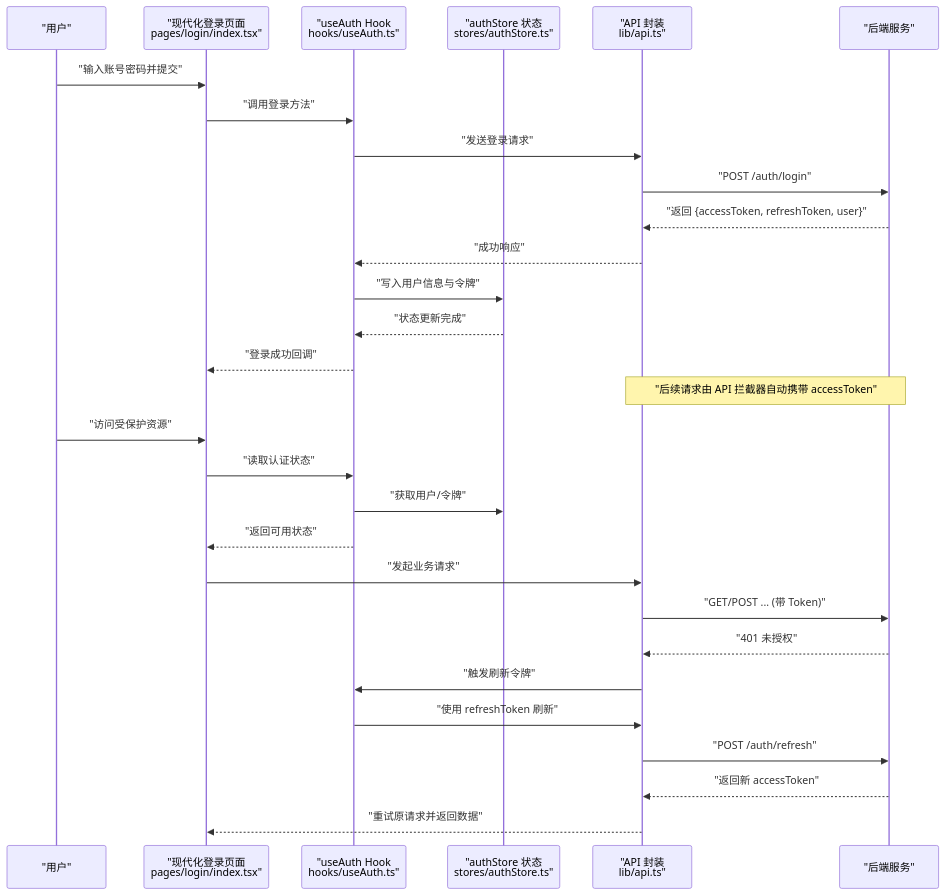
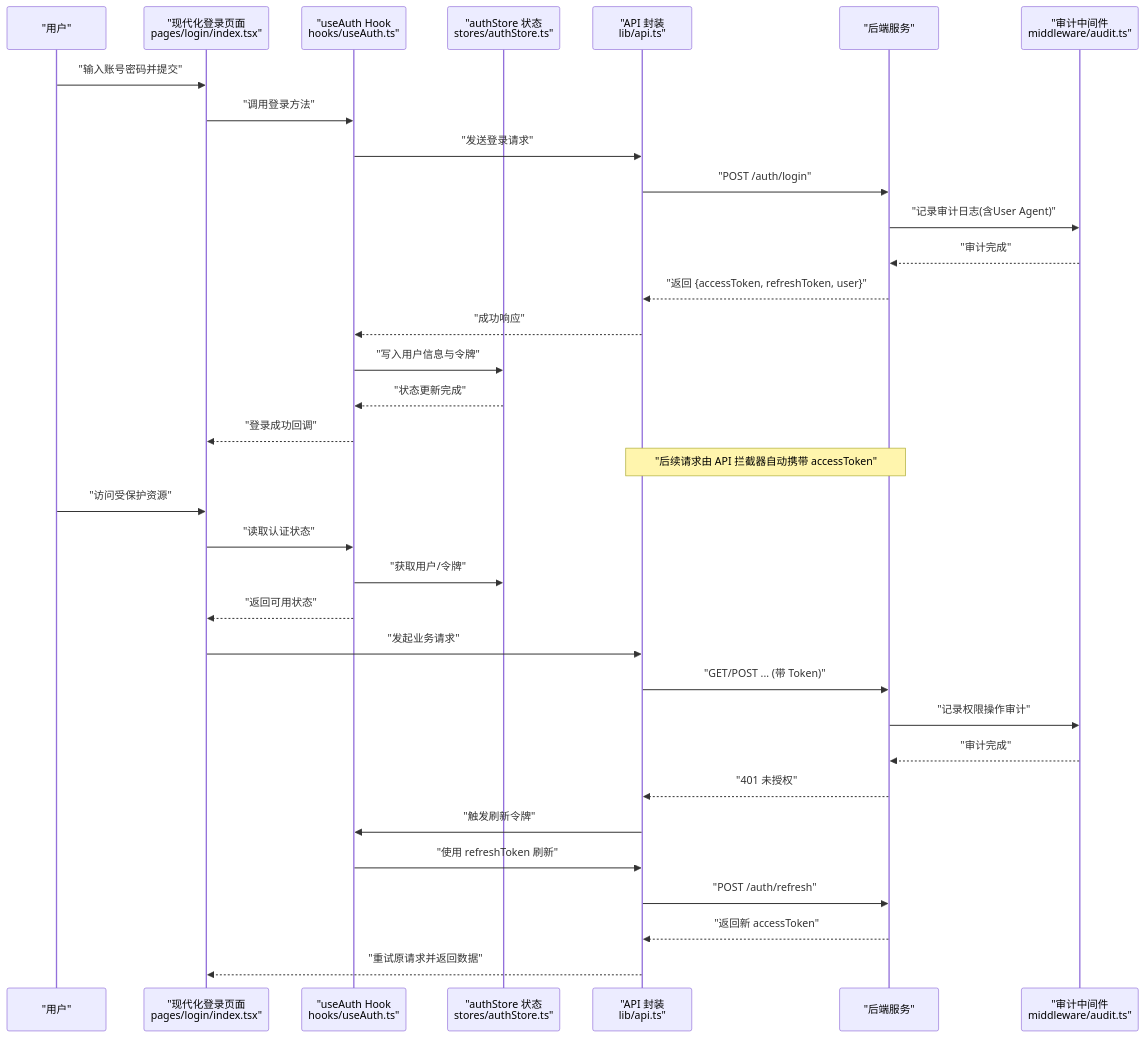
Before and after one commit to Damao997/newproject: the second of 9 diagrams in .qoder/repowiki/zh/content/核心模块/用户认证系统.md, drawn with Mermaid. The commit also changed other lines of this file and 26 other files, not shown here.

````diff
--- a/.qoder/repowiki/zh/content/核心模块/用户认证系统.md
+++ b/.qoder/repowiki/zh/content/核心模块/用户认证系统.md
@@ -138,31 +156,36 @@
 ```mermaid
 sequenceDiagram
 participant U as "用户"
 participant UI as "现代化登录页面<br/>pages/login/index.tsx"
 participant H as "useAuth Hook<br/>hooks/useAuth.ts"
 participant S as "authStore 状态<br/>stores/authStore.ts"
 participant A as "API 封装<br/>lib/api.ts"
 participant B as "后端服务"
+participant AD as "审计中间件<br/>middleware/audit.ts"
 U->>UI : "输入账号密码并提交"
 UI->>H : "调用登录方法"
 H->>A : "发送登录请求"
 A->>B : "POST /auth/login"
+B->>AD : "记录审计日志(含User Agent)"
+AD-->>B : "审计完成"
 B-->>A : "返回 {accessToken, refreshToken, user}"
 A-->>H : "成功响应"
 H->>S : "写入用户信息与令牌"
 S-->>H : "状态更新完成"
 H-->>UI : "登录成功回调"
 Note over A,B : "后续请求由 API 拦截器自动携带 accessToken"
 U->>UI : "访问受保护资源"
 UI->>H : "读取认证状态"
 H->>S : "获取用户/令牌"
 H-->>UI : "返回可用状态"
 UI->>A : "发起业务请求"
 A->>B : "GET/POST ... (带 Token)"
+B->>AD : "记录权限操作审计"
+AD-->>B : "审计完成"
 B-->>A : "401 未授权"
 A->>H : "触发刷新令牌"
 H->>A : "使用 refreshToken 刷新"
 A->>B : "POST /auth/refresh"
 B-->>A : "返回新 accessToken"
 A-->>UI : "重试原请求并返回数据"
 ```
````
